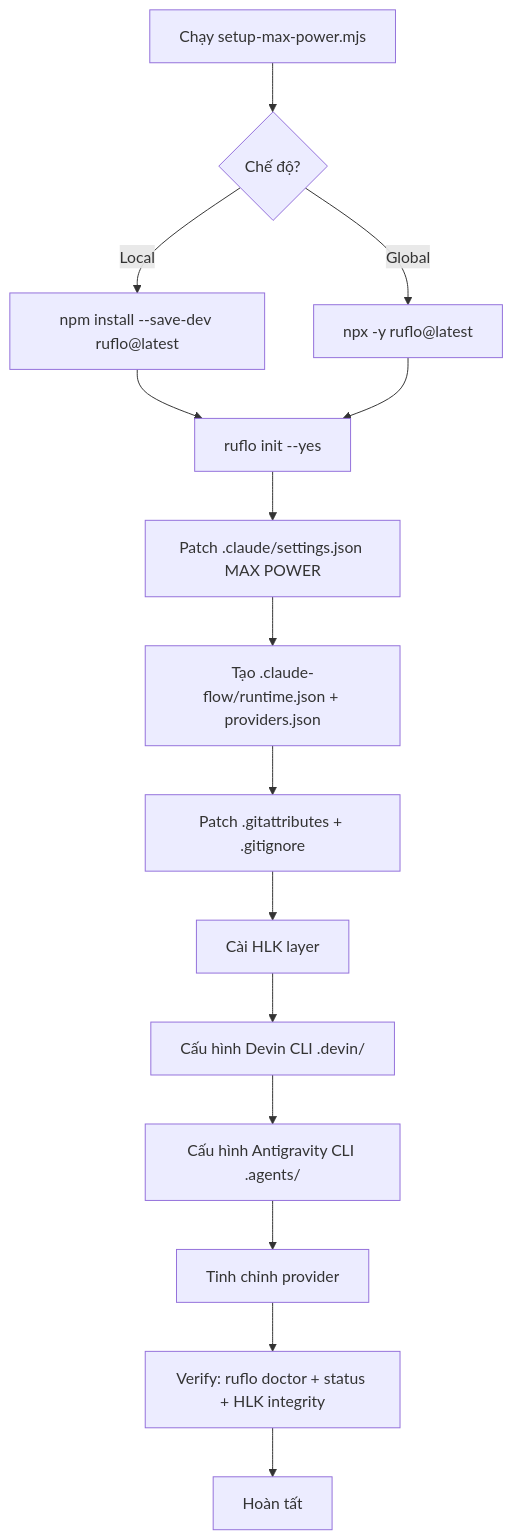
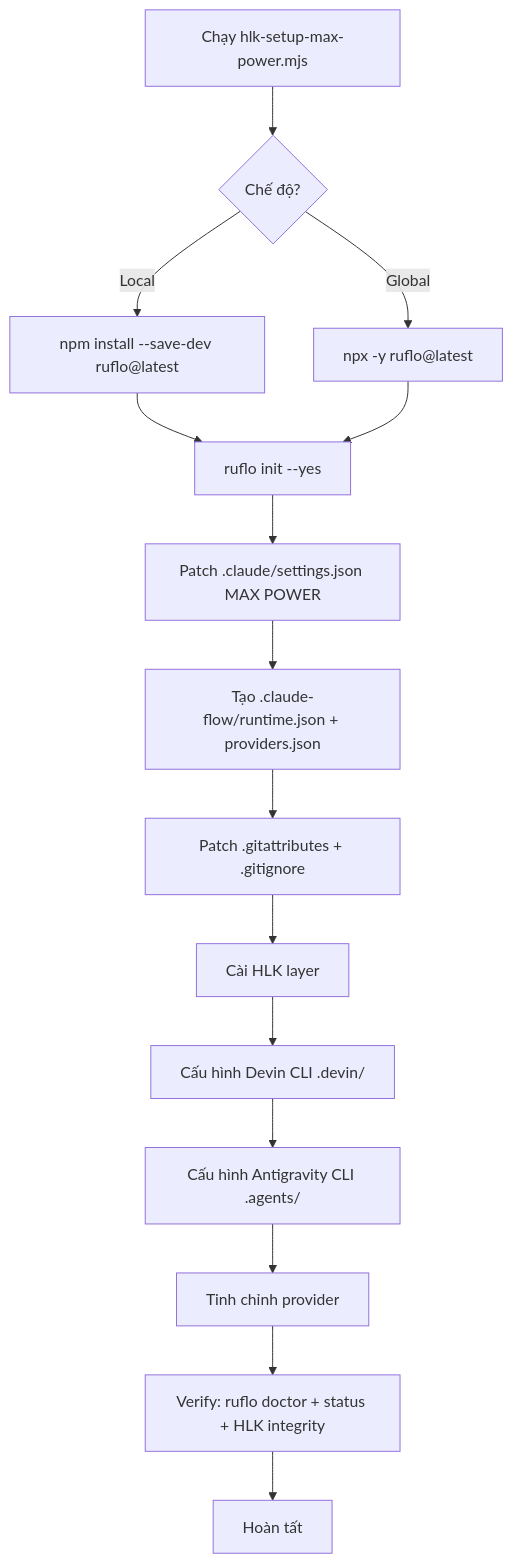
One commit to thanhnt-sm/Loop_harness_ruflo changed the diagram in HLK/docs/10-setup-max-power.md. Above: the diagram before and after it, drawn with Mermaid. The commit also changed other lines of this file and 5 other files, not shown here.

First line of the commit message:
refactor: di chuyển script setup/update-max-power vào HLK/bin để an toàn khi ruflo update

````diff
--- a/HLK/docs/10-setup-max-power.md
+++ b/HLK/docs/10-setup-max-power.md
@@ -256,17 +256,17 @@
 ```mermaid
 flowchart TD
-    A[Chạy setup-max-power.mjs] --> B{Chế độ?}
+    A[Chạy hlk-setup-max-power.mjs] --> B{Chế độ?}
     B -->|Local| C[npm install --save-dev ruflo@latest]
     B -->|Global| D[npx -y ruflo@latest]
     C --> E[ruflo init --yes]
     D --> E
     E --> F[Patch .claude/settings.json MAX POWER]
     F --> G[Tạo .claude-flow/runtime.json + providers.json]
     G --> H[Patch .gitattributes + .gitignore]
     H --> I[Cài HLK layer]
     I --> J[Cấu hình Devin CLI .devin/]
     J --> K[Cấu hình Antigravity CLI .agents/]
     K --> L[Tinh chỉnh provider]
     L --> M[Verify: ruflo doctor + status + HLK integrity]
     M --> N[Hoàn tất]
 ```
````
